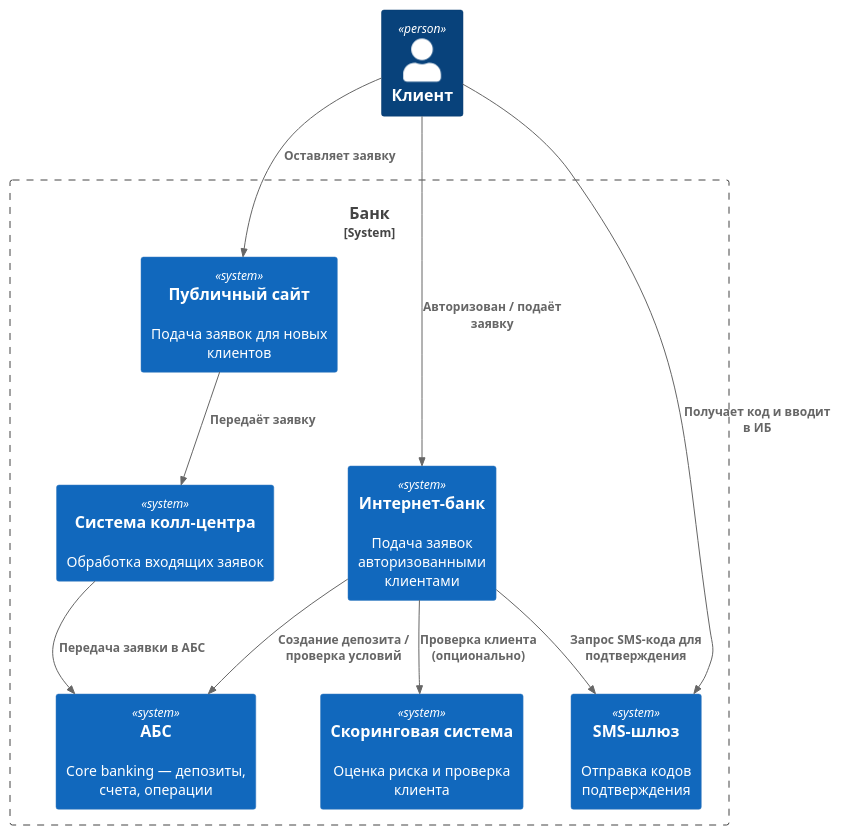
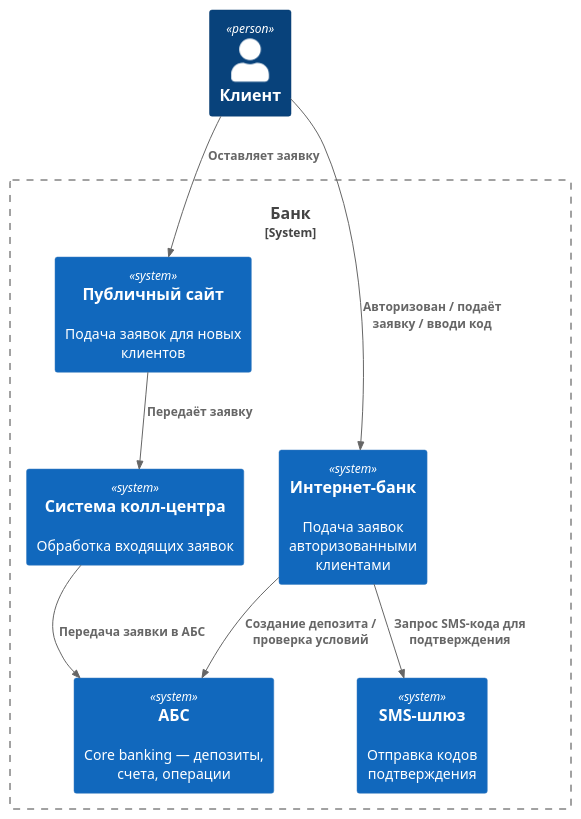
One commit to Ali-esenturov/architecture-pro-standart changed the diagram in Task3/context_diagram.puml. Above: the diagram before and after it, drawn with PlantUML. The commit also changed 4 other files, not shown here.

```diff
--- a/Task3/context_diagram.puml
+++ b/Task3/context_diagram.puml
@@ -1,28 +1,24 @@
 @startuml
 !include https://raw.githubusercontent.com/plantuml-stdlib/C4-PlantUML/master/C4_Context.puml
 
 Person(customer, "Клиент")
 
 System_Boundary(bank, "Банк") {
 
     System(public_site, "Публичный сайт", "Подача заявок для новых клиентов")
     System(ib, "Интернет-банк", "Подача заявок авторизованными клиентами")
     System(callcenter, "Система колл-центра", "Обработка входящих заявок")
     System(abs, "АБС", "Core banking — депозиты, счета, операции")
     System(sms, "SMS-шлюз", "Отправка кодов подтверждения")
-    System(scoring, "Скоринговая система", "Оценка риска и проверка клиента")
 }
 
 Rel(customer, public_site, "Оставляет заявку")
 Rel(public_site, callcenter, "Передаёт заявку")
 
-Rel(customer, ib, "Авторизован / подаёт заявку")
+Rel(customer, ib, "Авторизован / подаёт заявку / вводи код")
 Rel(ib, sms, "Запрос SMS-кода для подтверждения")
-Rel(customer, sms, "Получает код и вводит в ИБ")
-
-Rel(ib, scoring, "Проверка клиента (опционально)")
 
 Rel(ib, abs, "Создание депозита / проверка условий")
 Rel(callcenter, abs, "Передача заявки в АБС")
 
 @enduml
```
